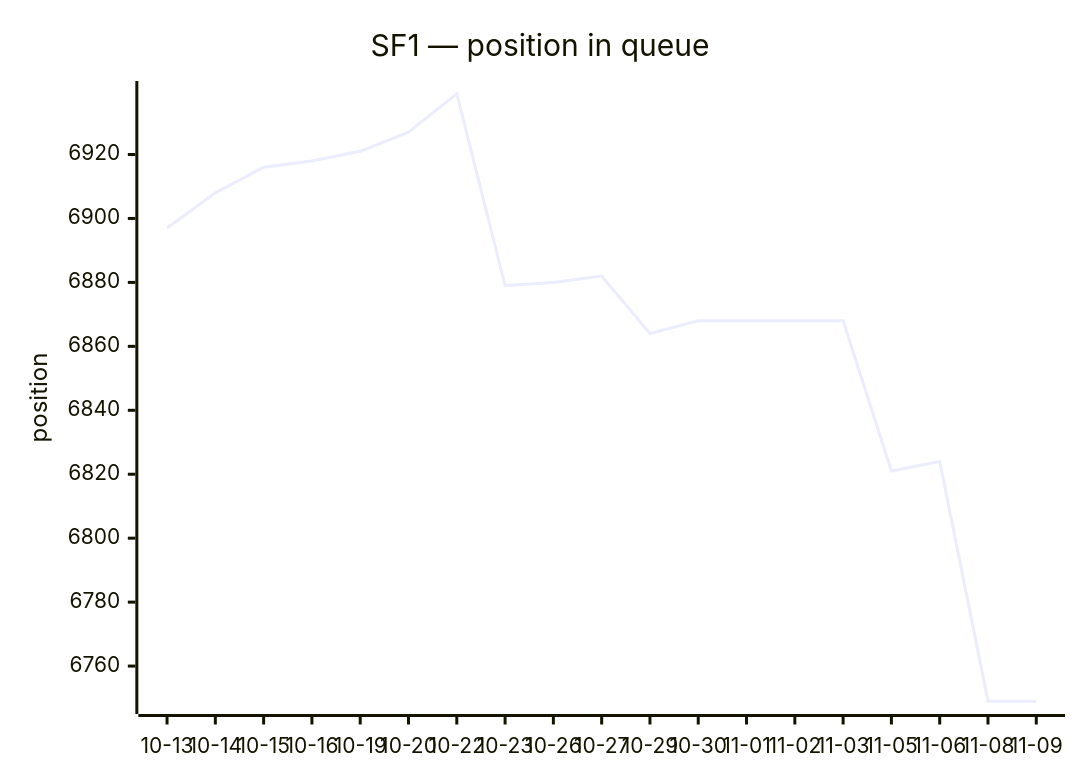
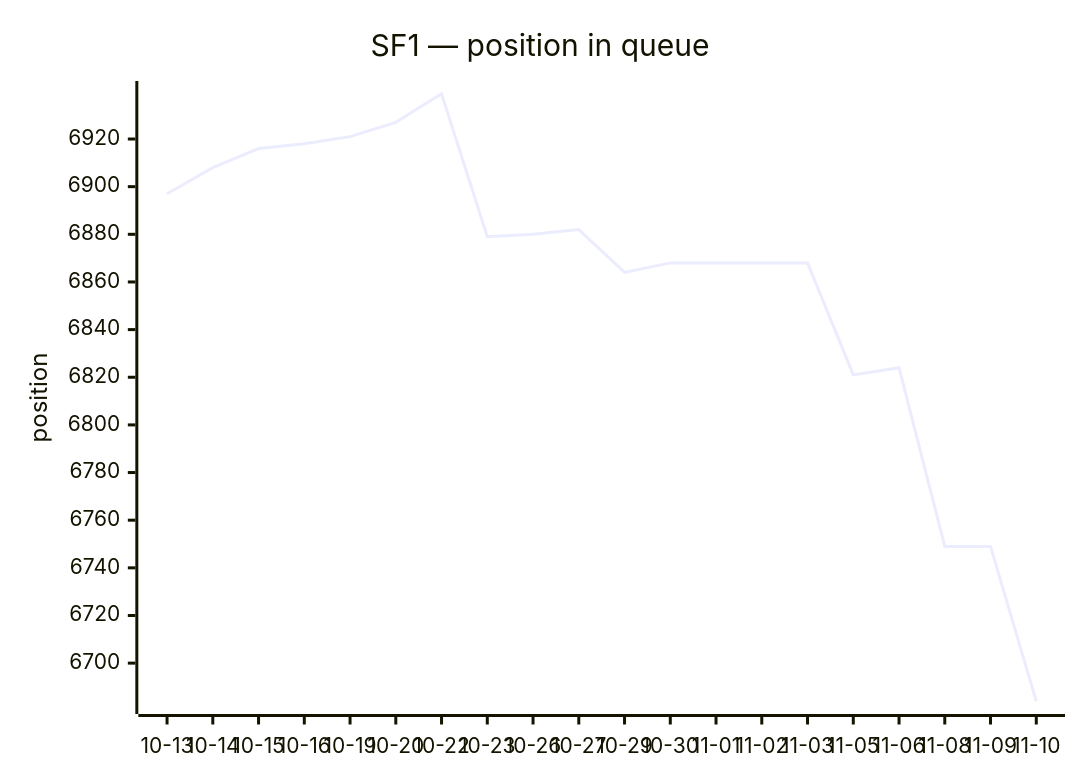
Before and after one commit to thyarles/thyarles: the first of 2 diagrams in queue/README.md, drawn with Mermaid. The commit also changed other lines of this file and 2 other files, not shown here.

````diff
--- a/queue/README.md
+++ b/queue/README.md
@@ -20,7 +20,7 @@
 ```mermaid
 xychart-beta
   title "SF1 — position in queue"
-  x-axis ["10-13", "10-14", "10-15", "10-16", "10-19", "10-20", "10-22", "10-23", "10-26", "10-27", "10-29", "10-30", "11-01", "11-02", "11-03", "11-05", "11-06", "11-08", "11-09"]
+  x-axis ["10-13", "10-14", "10-15", "10-16", "10-19", "10-20", "10-22", "10-23", "10-26", "10-27", "10-29", "10-30", "11-01", "11-02", "11-03", "11-05", "11-06", "11-08", "11-09", "11-10"]
   y-axis "position"
-  line [6897, 6908, 6916, 6918, 6921, 6927, 6939, 6879, 6880, 6882, 6864, 6868, 6868, 6868, 6868, 6821, 6824, 6749, 6749]
+  line [6897, 6908, 6916, 6918, 6921, 6927, 6939, 6879, 6880, 6882, 6864, 6868, 6868, 6868, 6868, 6821, 6824, 6749, 6749, 6684]
 ```
````
